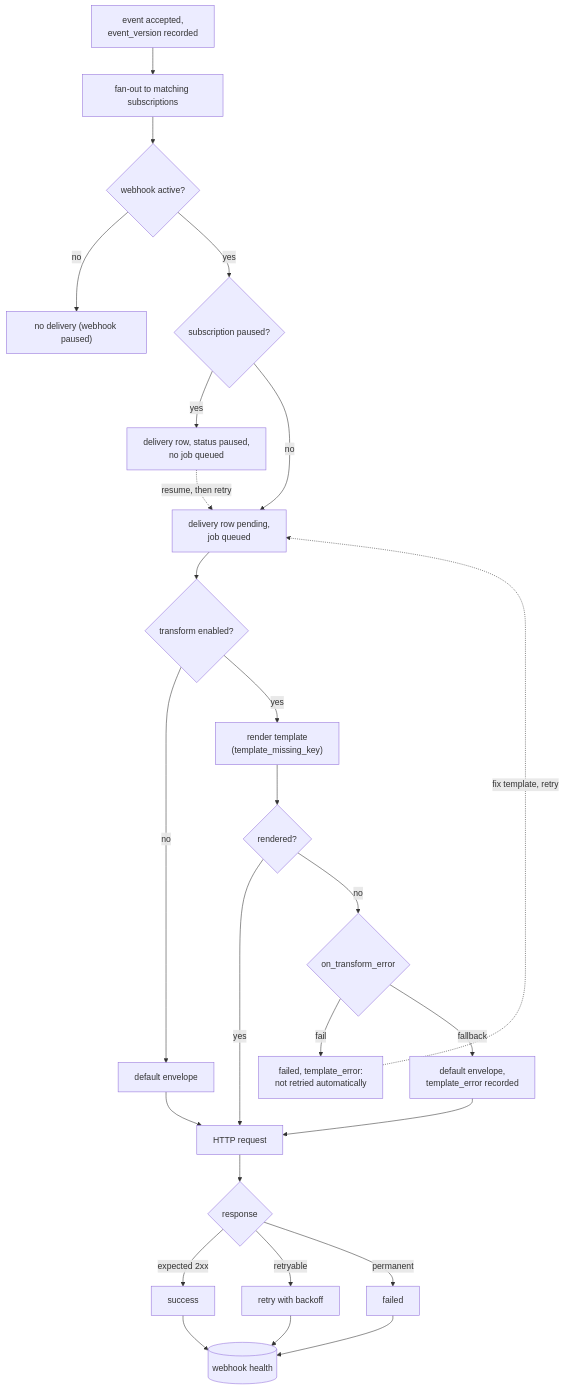
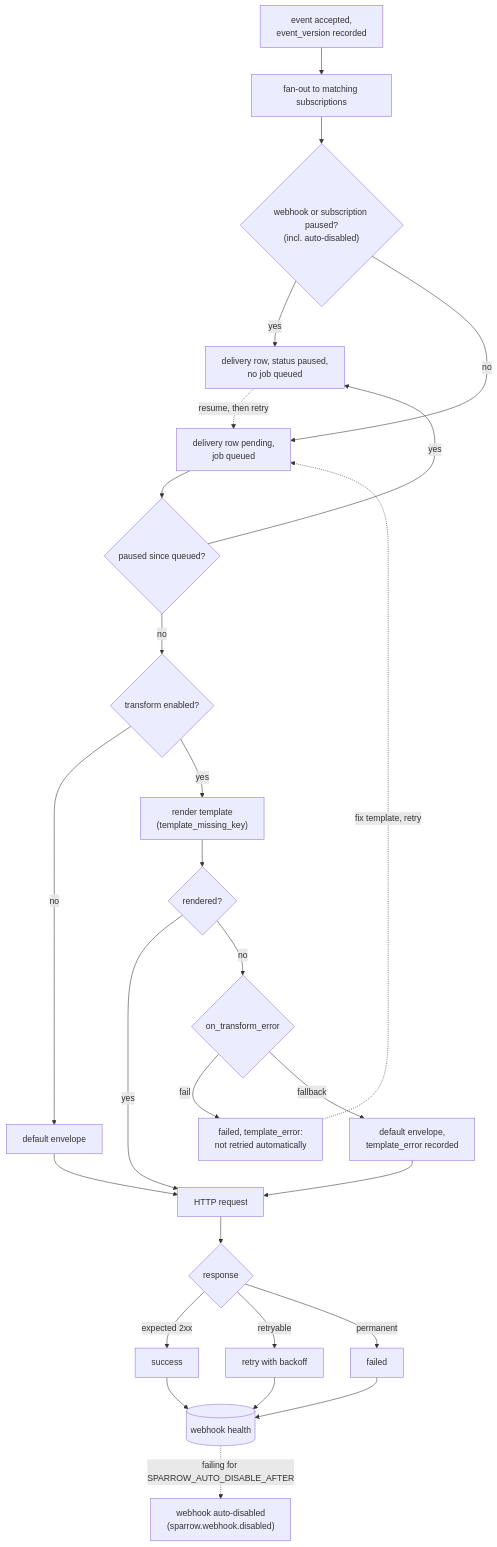
Before and after one commit to sarathsp06/sparrow: the diagram in docs/src/assets/diagrams/delivery-outcomes.mmd, drawn with Mermaid. The commit also changed 69 other files, not shown here.

```diff
--- a/docs/src/assets/diagrams/delivery-outcomes.mmd
+++ b/docs/src/assets/diagrams/delivery-outcomes.mmd
@@ -1,26 +1,27 @@
 flowchart TD
     E["event accepted,<br>event_version recorded"] --> FO["fan-out to matching subscriptions"]
-    FO --> WA{"webhook active?"}
-    WA -- no --> SKIP["no delivery (webhook paused)"]
-    WA -- yes --> PS{"subscription paused?"}
+    FO --> PS{"webhook or subscription paused?<br>(incl. auto-disabled)"}
     PS -- yes --> PR["delivery row, status paused,<br>no job queued"]
     PR -. "resume, then retry" .-> JOB
     PS -- no --> JOB["delivery row pending,<br>job queued"]
-    JOB --> T{"transform enabled?"}
+    JOB --> HP{"paused since queued?"}
+    HP -- yes --> PR
+    HP -- no --> T{"transform enabled?"}
     T -- no --> ENV["default envelope"]
     T -- yes --> RN["render template<br>(template_missing_key)"]
     RN --> OK{"rendered?"}
     OK -- yes --> SEND["HTTP request"]
     OK -- no --> OE{"on_transform_error"}
     OE -- fail --> TE["failed, template_error:<br>not retried automatically"]
     TE -. "fix template, retry" .-> JOB
     OE -- fallback --> ENV2["default envelope,<br>template_error recorded"]
     ENV --> SEND
     ENV2 --> SEND
     SEND --> RES{"response"}
     RES -- "expected 2xx" --> S["success"]
     RES -- retryable --> RT["retry with backoff"]
     RES -- permanent --> FL["failed"]
     S --> H[("webhook health")]
     RT --> H
     FL --> H
+    H -. "failing for SPARROW_AUTO_DISABLE_AFTER" .-> AD["webhook auto-disabled<br>(sparrow.webhook.disabled)"]
```
